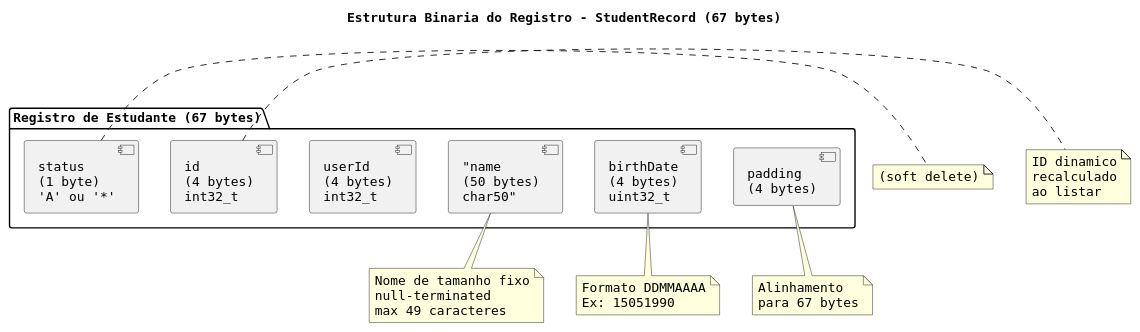
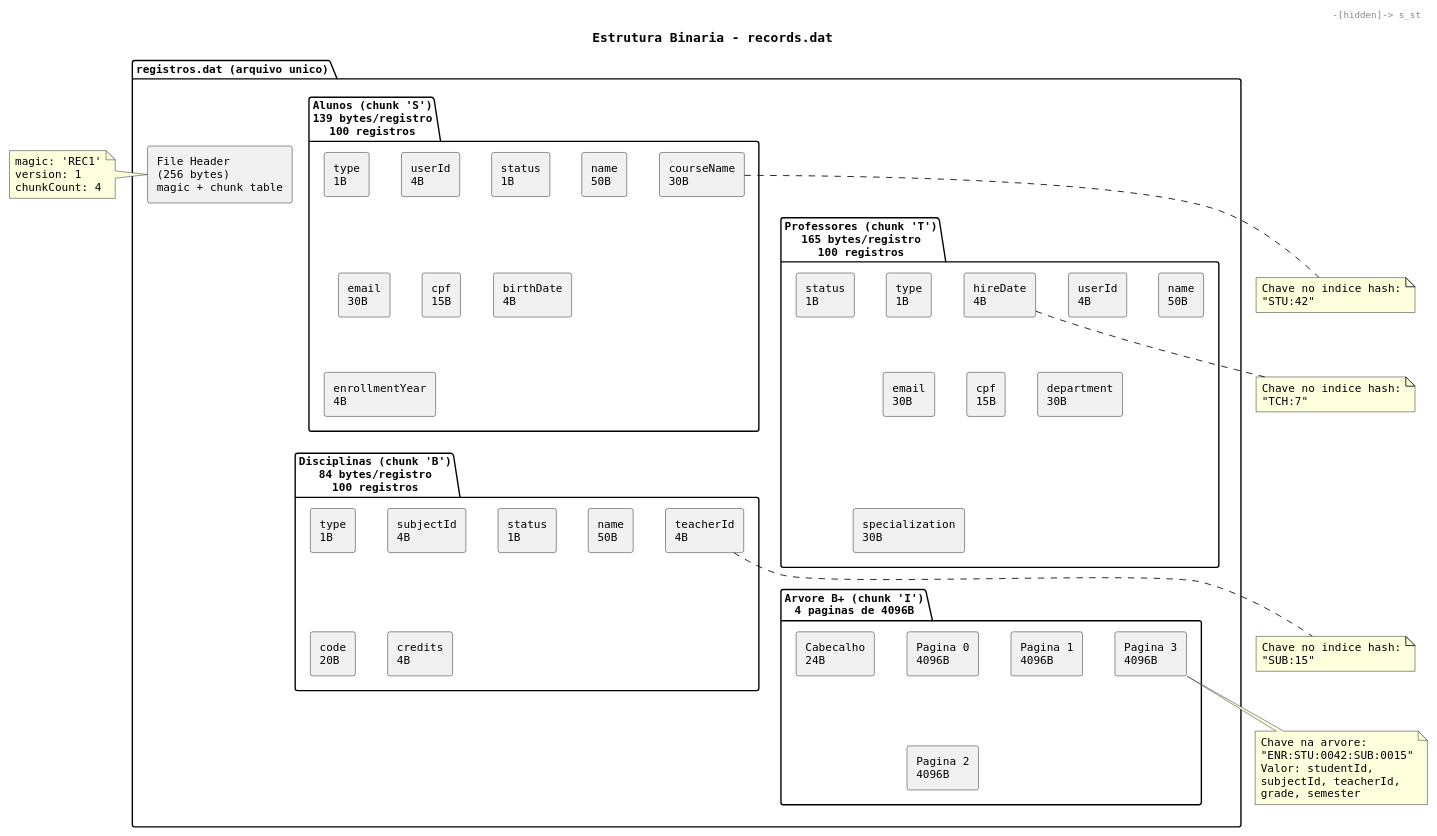
The diagram in docs/UML Diagrams/estrutura_binaria.puml (tuliofh01/TP-AEDSIII), drawn with PlantUML before and after one commit. The commit also changed 31 other files, not shown here.

```diff
--- a/docs/UML Diagrams/estrutura_binaria.puml
+++ b/docs/UML Diagrams/estrutura_binaria.puml
@@ -1,55 +1,89 @@
 @startuml estrutura_binaria
-' Diagrama da Estrutura Binaria do Registro de Estudante
-' Cada registro tem 67 bytes: 1 byte status + 66 bytes de dados
-
 skinparam backgroundColor #FFFFFF
-skinparam componentStyle uml2
-skinparam defaultFontSize 14
+skinparam componentStyle rectangle
+skinparam defaultFontSize 12
 skinparam defaultFontName Monospaced
 
-title Estrutura Binaria do Registro - StudentRecord (67 bytes)
+title Estrutura Binaria - records.dat
 
-package "Registro de Estudante (67 bytes)" {
-    [status\n(1 byte)\n'A' ou '*'] as status
-    [id\n(4 bytes)\nint32_t] as id
-    [userId\n(4 bytes)\nint32_t] as userId
-    ["name\n(50 bytes)\nchar50"] as name
-    [birthDate\n(4 bytes)\nuint32_t] as birth
-    [padding\n(4 bytes)] as padding
+package "registros.dat (arquivo unico)" {
+    [File Header\n(256 bytes)\nmagic + chunk table] as header
+
+    package "Alunos (chunk 'S')\n139 bytes/registro\n100 registros" {
+        [status\n1B] as s_st
+        [type\n1B] as s_ty
+        [userId\n4B] as s_uid
+        [name\n50B] as s_nm
+        [email\n30B] as s_em
+        [cpf\n15B] as s_cpf
+        [birthDate\n4B] as s_bd
+        [courseName\n30B] as s_cn
+        [enrollmentYear\n4B] as s_ey
+    }
+
+    package "Professores (chunk 'T')\n165 bytes/registro\n100 registros" {
+        [status\n1B] as t_st
+        [type\n1B] as t_ty
+        [userId\n4B] as t_uid
+        [name\n50B] as t_nm
+        [email\n30B] as t_em
+        [cpf\n15B] as t_cpf
+        [department\n30B] as t_dp
+        [specialization\n30B] as t_sp
+        [hireDate\n4B] as t_hd
+    }
+
+    package "Disciplinas (chunk 'B')\n84 bytes/registro\n100 registros" {
+        [status\n1B] as b_st
+        [type\n1B] as b_ty
+        [subjectId\n4B] as b_sid
+        [name\n50B] as b_nm
+        [code\n20B] as b_cd
+        [credits\n4B] as b_cr
+        [teacherId\n4B] as b_tid
+    }
+
+    package "Arvore B+ (chunk 'I')\n4 paginas de 4096B" {
+        [Cabecalho\n24B] as th
+        [Pagina 0\n4096B] as tp0
+        [Pagina 1\n4096B] as tp1
+        [Pagina 2\n4096B] as tp2
+        [Pagina 3\n4096B] as tp3
+    }
 }
 
-status -[hidden]right-> id
-id -[hidden]right-> userId
-userId -[hidden]right-> name
-name -[hidden]right-> birth
-birth -[hidden]right-> padding
+header -[hidden]-> s_st
+s_st -[hidden]-> t_st
+t_st -[hidden]-> b_st
+b_st -[hidden]-> th
 
-note right of status
-  'A' = Ativo
-  '*' = Deletado
-  (soft delete)
+note left of header
+  magic: 'REC1'
+  version: 1
+  chunkCount: 4
 end note
 
-note right of id
-  ID dinamico
-  recalculado
-  ao listar
+note bottom of s_cn
+  Chave no indice hash:
+  "STU:42"
 end note
 
-note bottom of name
-  Nome de tamanho fixo
-  null-terminated
-  max 49 caracteres
+note bottom of t_hd
+  Chave no indice hash:
+  "TCH:7"
 end note
 
-note bottom of birth
-  Formato DDMMAAAA
-  Ex: 15051990
+note bottom of b_tid
+  Chave no indice hash:
+  "SUB:15"
 end note
 
-note bottom of padding
-  Alinhamento
-  para 67 bytes
+note bottom of tp3
+  Chave na arvore:
+  "ENR:STU:0042:SUB:0015"
+  Valor: studentId,
+  subjectId, teacherId,
+  grade, semester
 end note
 
 @enduml
```
